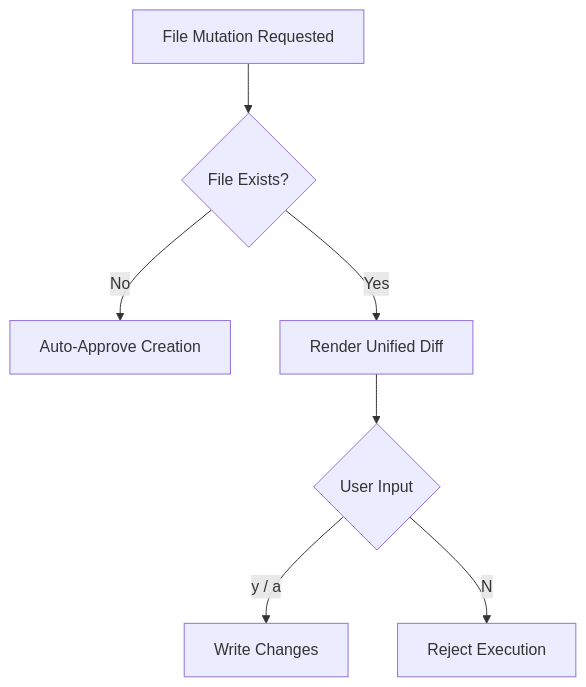
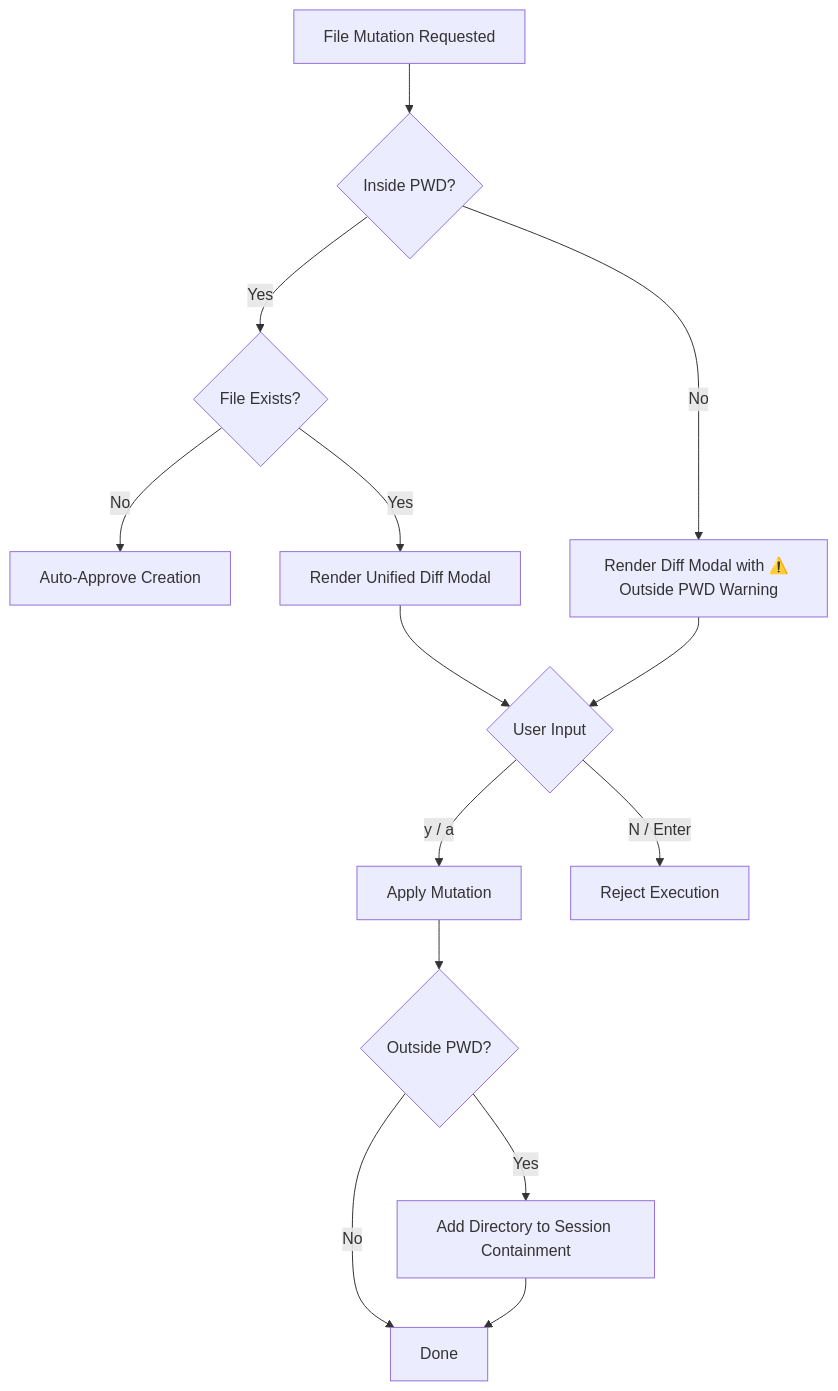
One commit to ieve-rothe/NIGHTMARE changed the first of 3 diagrams in docs/guide/05-approval-boundary.md. Above: the diagram before and after it, drawn with Mermaid. The commit also changed other lines of this file and 4 other files, not shown here.

````diff
--- a/docs/guide/05-approval-boundary.md
+++ b/docs/guide/05-approval-boundary.md
@@ -9,9 +15,16 @@
 ```mermaid
 graph TD
-    A[File Mutation Requested] --> B{File Exists?}
-    B -->|No| C[Auto-Approve Creation]
-    B -->|Yes| D[Render Unified Diff]
-    D --> E{User Input}
-    E -->|y / a| F[Write Changes]
-    E -->|N| G[Reject Execution]
+    A[File Mutation Requested] --> B{Inside PWD?}
+    B -->|Yes| C{File Exists?}
+    C -->|No| D[Auto-Approve Creation]
+    C -->|Yes| E[Render Unified Diff Modal]
+    B -->|No| F["Render Diff Modal with ⚠️ Outside PWD Warning"]
+    E --> G{User Input}
+    F --> G
+    G -->|y / a| H[Apply Mutation]
+    H --> I{Outside PWD?}
+    I -->|Yes| J[Add Directory to Session Containment]
+    I -->|No| K[Done]
+    J --> K
+    G -->|N / Enter| L[Reject Execution]
 ```
````
